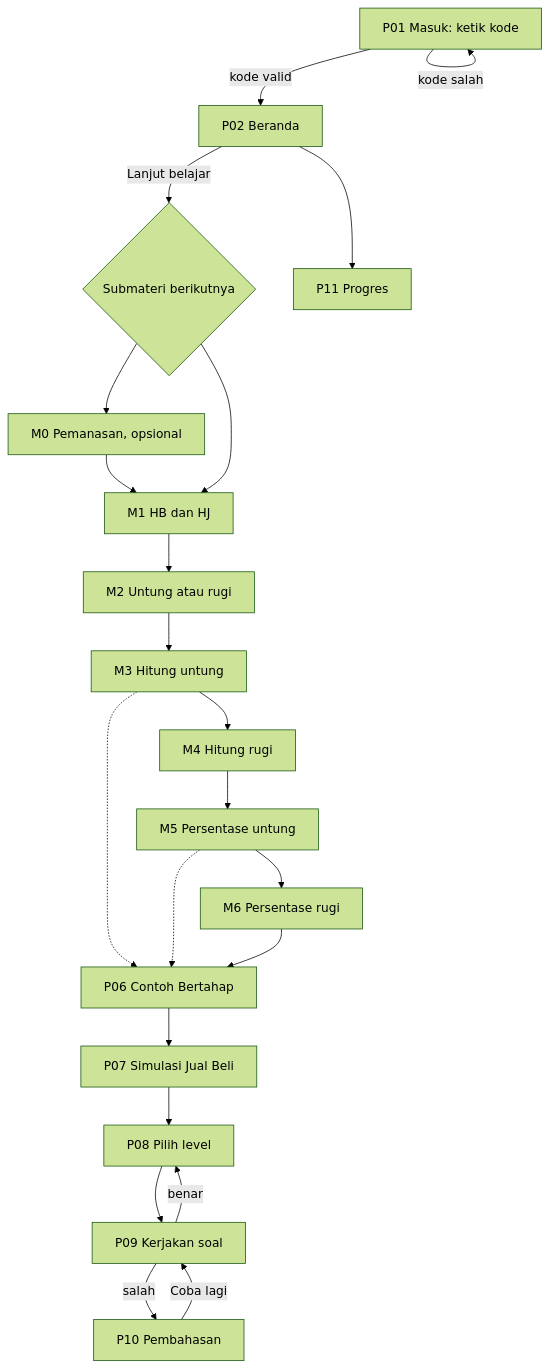
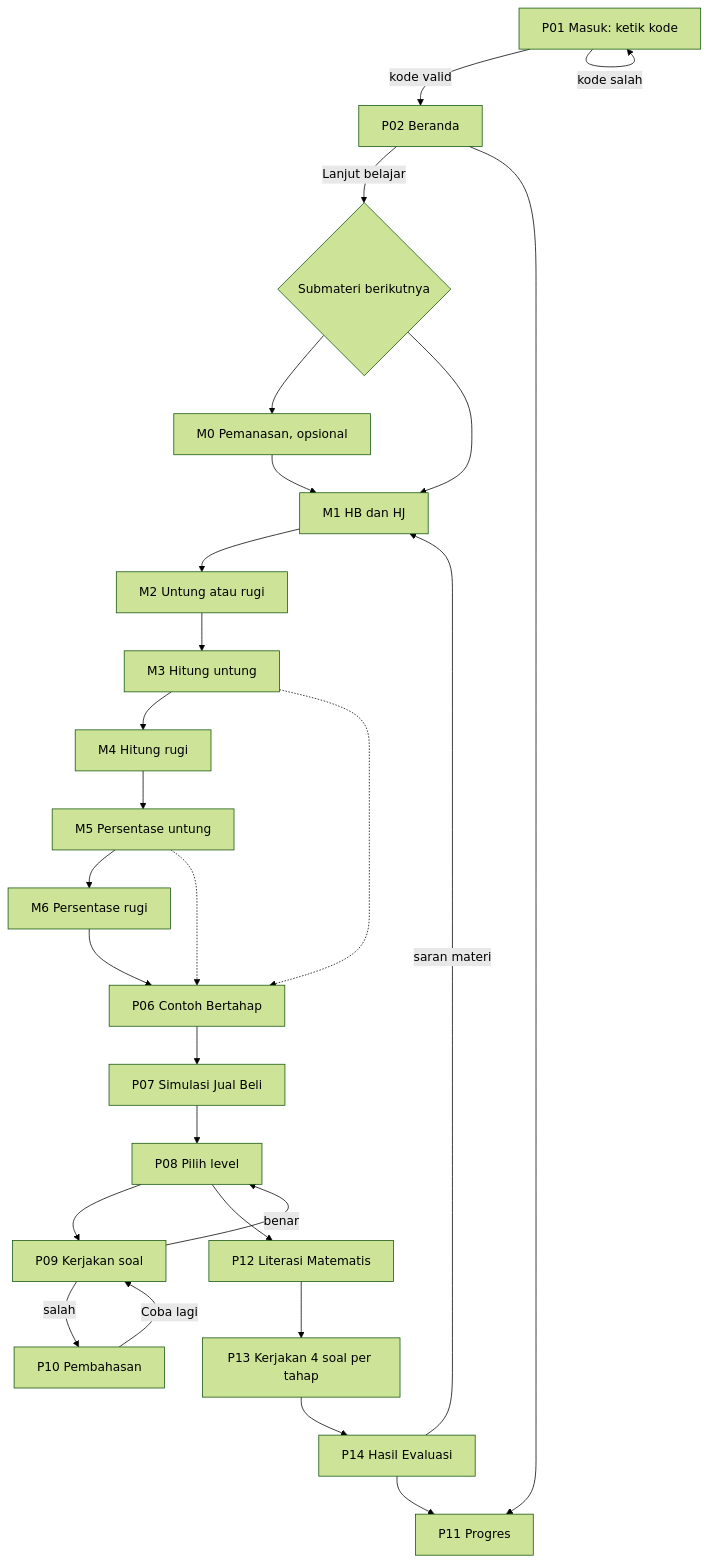
One commit to alawiahsitituti9-marker/untungcerdas changed the first of 2 diagrams in docs/design.md. Above: the diagram before and after it, drawn with Mermaid (forest theme). The commit also changed other lines of this file and 7 other files, not shown here.

First line of the commit message:
D-08: rancangan F14 Latihan Literasi Matematis dan Evaluasi (dokumen)

````diff
--- a/docs/design.md
+++ b/docs/design.md
@@ -75,18 +83,22 @@
 ```mermaid
 flowchart TD
     A[P01 Masuk: ketik kode] -->|kode valid| B[P02 Beranda]
     A -->|kode salah| A
     B -->|Lanjut belajar| C{Submateri berikutnya}
     C --> M0[M0 Pemanasan, opsional] --> M1
     C --> M1[M1 HB dan HJ] --> M2[M2 Untung atau rugi] --> M3[M3 Hitung untung] --> M4[M4 Hitung rugi]
     M4 --> M5[M5 Persentase untung] --> M6[M6 Persentase rugi]
     M3 -.-> E[P06 Contoh Bertahap]
     M5 -.-> E
     M6 --> E --> S[P07 Simulasi Jual Beli]
     S --> L[P08 Pilih level]
     L --> Q[P09 Kerjakan soal]
     Q -->|benar| L
     Q -->|salah| D[P10 Pembahasan]
     D -->|Coba lagi| Q
     B --> PR[P11 Progres]
+    L --> LM[P12 Literasi Matematis]
+    LM --> LK[P13 Kerjakan 4 soal per tahap] --> LH[P14 Hasil Evaluasi]
+    LH -->|saran materi| M1
+    LH --> PR
 ```
````
